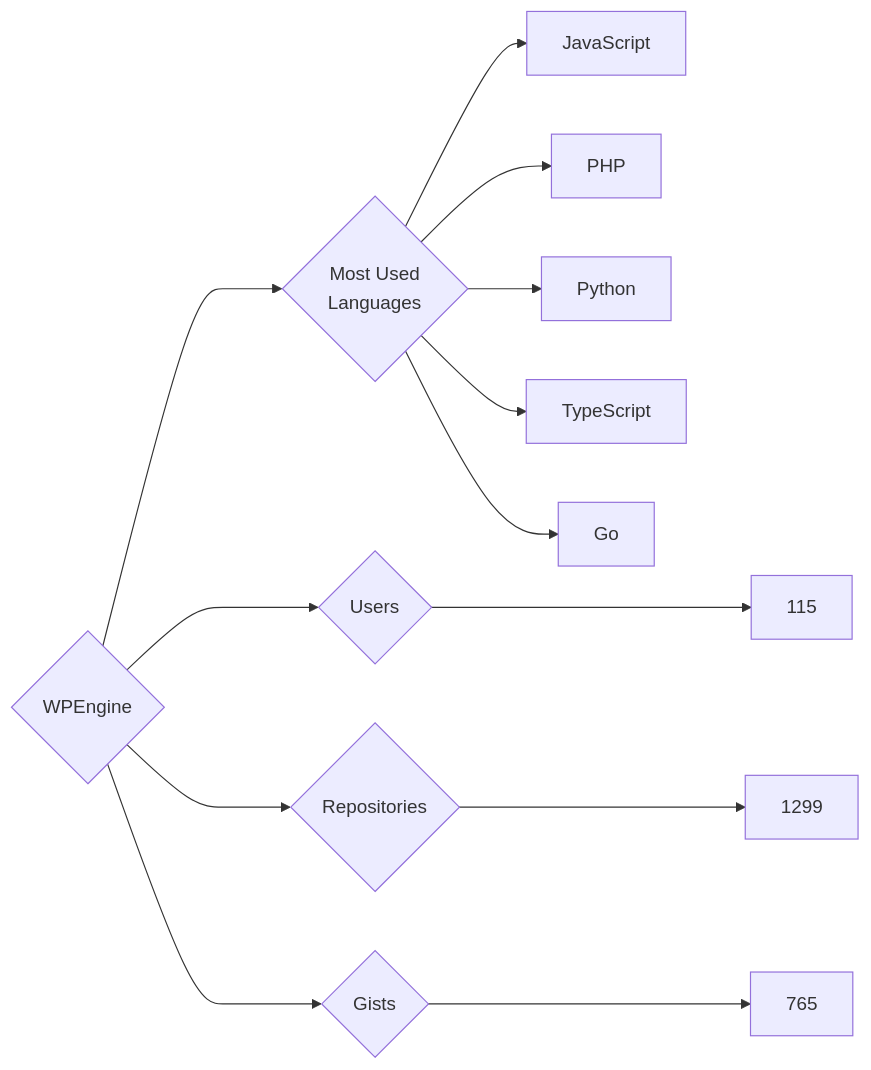
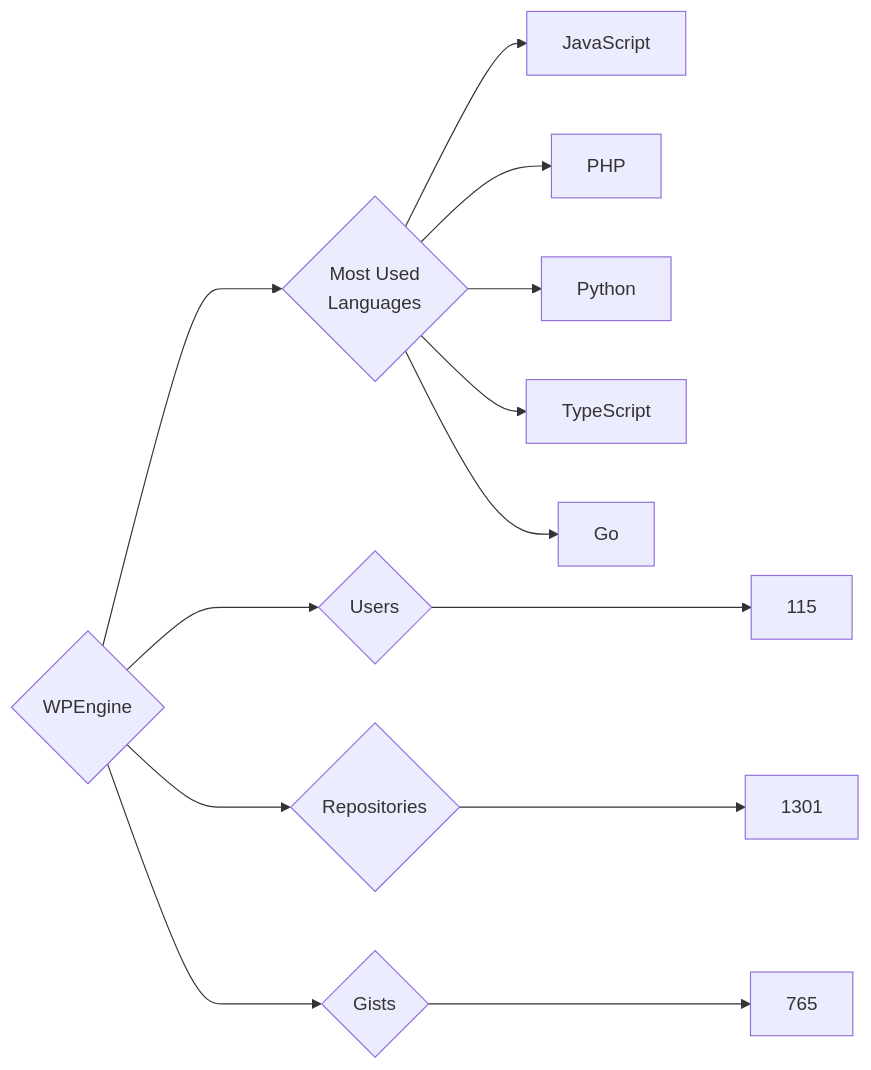
One commit to trickest/insiders changed the diagram in targets/WPEngine/README.md. Above: the diagram before and after it, drawn with Mermaid. The commit also changed 833 other files, not shown here.

````diff
--- a/targets/WPEngine/README.md
+++ b/targets/WPEngine/README.md
@@ -3,13 +3,13 @@
 ```mermaid
 graph LR
 COMPANY_NAME{WPEngine}
 COMPANY_NAME ---> U{Users} ---> UN[115]
-COMPANY_NAME ---> R{Repositories} ---> RN[1299]
+COMPANY_NAME ---> R{Repositories} ---> RN[1301]
 COMPANY_NAME ---> G{Gists} ---> GN[765]
 COMPANY_NAME ---> ML{Most Used<br>Languages}
 ML --> JavaScript[JavaScript]
 ML --> PHP[PHP]
 ML --> Python[Python]
 ML --> TypeScript[TypeScript]
 ML --> Go[Go]
 ```
````
